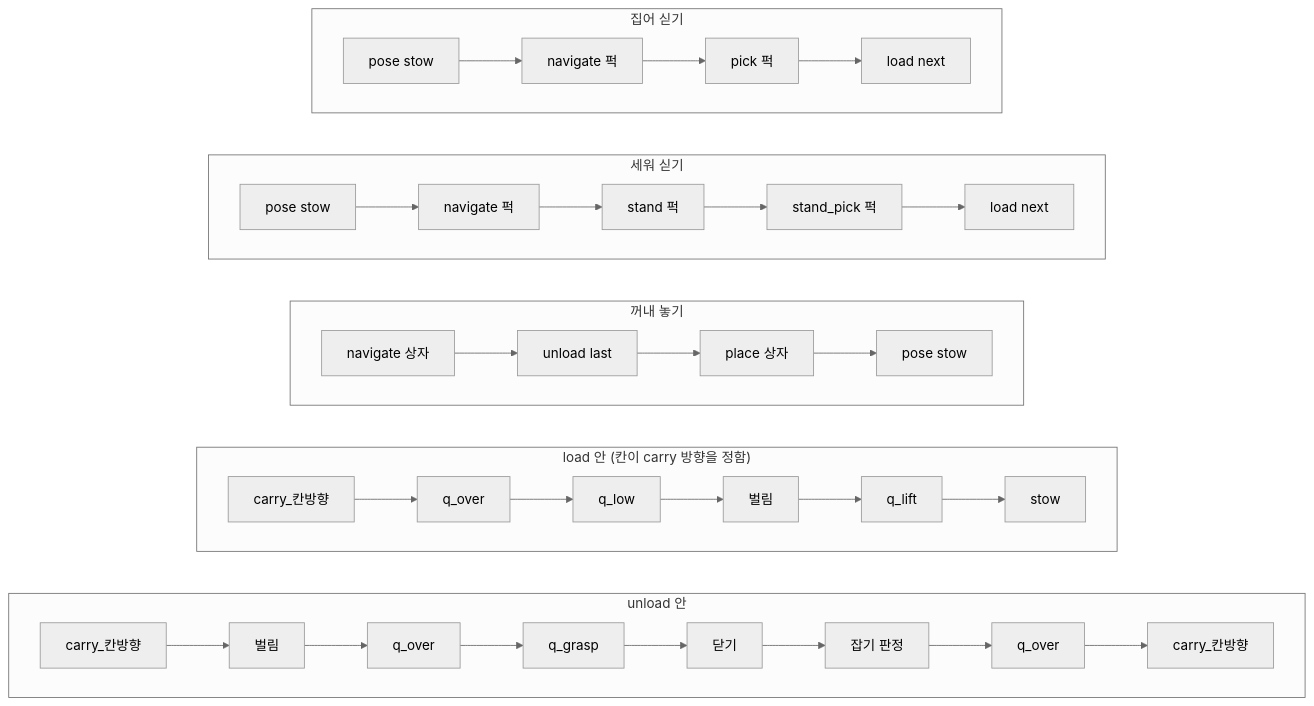
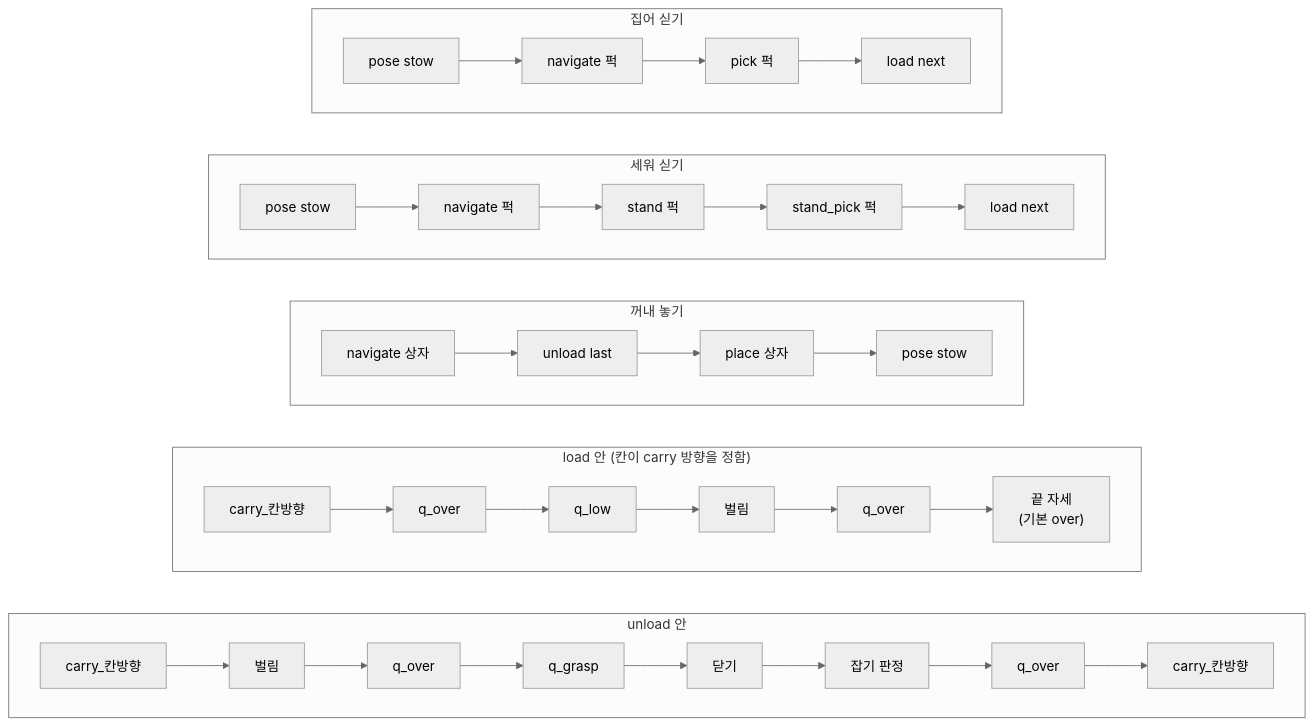
Before and after one commit to SeungHye-J/Lv2_bee_Assignment: the second of 6 diagrams in documents/project/ros/05-arm.md, drawn with Mermaid (neutral theme). The commit also changed other lines of this file and 8 other files, not shown here.

````diff
--- a/documents/project/ros/05-arm.md
+++ b/documents/project/ros/05-arm.md
@@ -67,24 +67,24 @@
 ```mermaid
 flowchart TB
   subgraph F1["집어 싣기"]
     direction LR
     a1["pose stow"] --> a2["navigate 퍽"] --> a3["pick 퍽"] --> a4["load next"]
   end
   subgraph F2["세워 싣기"]
     direction LR
     b1["pose stow"] --> b2["navigate 퍽"] --> b3["stand 퍽"] --> b4["stand_pick 퍽"] --> b5["load next"]
   end
   subgraph F3["꺼내 놓기"]
     direction LR
     c1["navigate 상자"] --> c2["unload last"] --> c3["place 상자"] --> c4["pose stow"]
   end
   subgraph L["load 안 (칸이 carry 방향을 정함)"]
     direction LR
-    l1["carry_칸방향"] --> l2["q_over"] --> l3["q_low"] --> l4["벌림"] --> l5["q_lift"] --> l6["stow"]
+    l1["carry_칸방향"] --> l2["q_over"] --> l3["q_low"] --> l4["벌림"] --> l5["q_over"] --> l6["끝 자세<br/>(기본 over)"]
   end
   subgraph U["unload 안"]
     direction LR
     u1["carry_칸방향"] --> u2["벌림"] --> u3["q_over"] --> u4["q_grasp"] --> u5["닫기"] --> u6["잡기 판정"] --> u7["q_over"] --> u8["carry_칸방향"]
   end
   F1 ~~~ F2 ~~~ F3 ~~~ L ~~~ U
 ```
````
